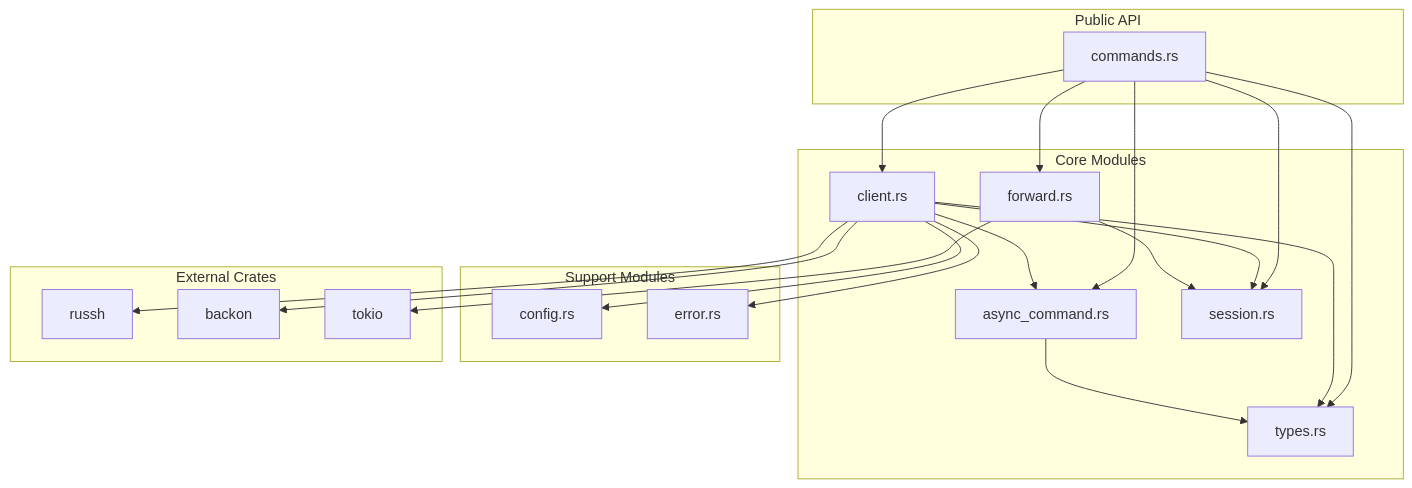
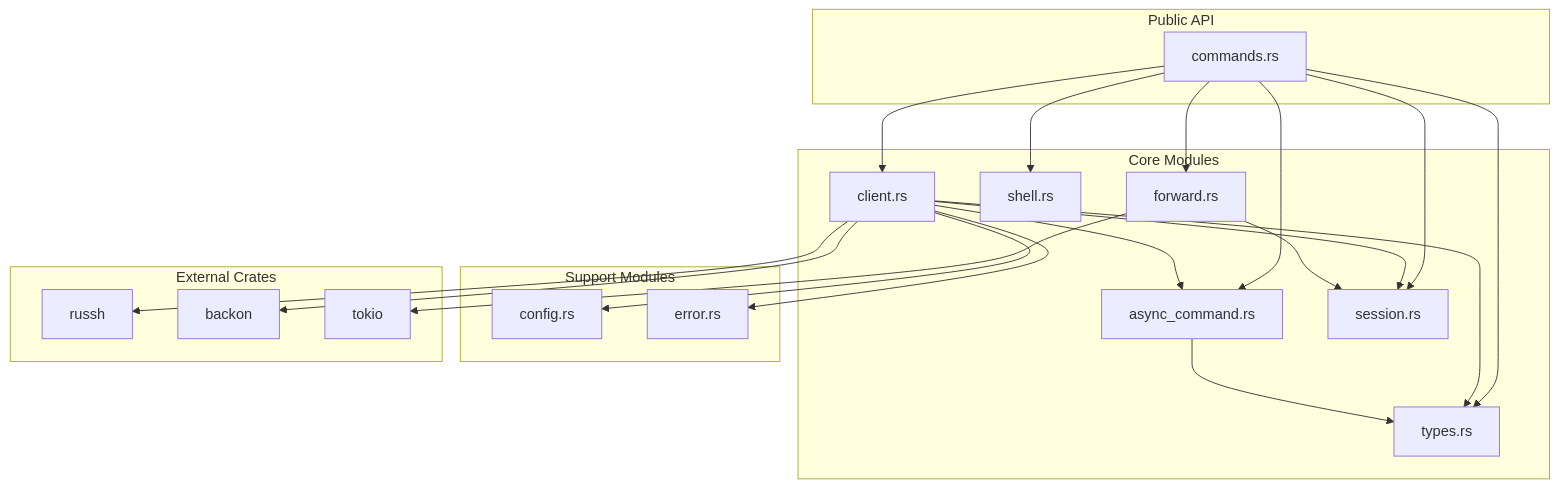
The first of 2 diagrams in README.md (farchanjo/ssh-mcp), drawn with Mermaid before and after one commit. The commit also changed other lines of this file and 5 other files, not shown here.

````diff
--- a/README.md
+++ b/README.md
@@ -590,41 +672,43 @@
 ```mermaid
 flowchart TB
     subgraph Public["Public API"]
         Commands["commands.rs"]
     end
 
     subgraph Core["Core Modules"]
         Client["client.rs"]
         AsyncCmd["async_command.rs"]
+        Shell["shell.rs"]
         Forward["forward.rs"]
         Session["session.rs"]
         Types["types.rs"]
     end
 
     subgraph Support["Support Modules"]
         Config["config.rs"]
         Error["error.rs"]
     end
 
     subgraph External["External Crates"]
         Russh["russh"]
         Backon["backon"]
         Tokio["tokio"]
     end
 
     Commands --> Client
     Commands --> AsyncCmd
+    Commands --> Shell
     Commands --> Forward
     Commands --> Session
     Commands --> Types
     Client --> Session
     Client --> AsyncCmd
     Client --> Config
     Client --> Error
     Client --> Types
     AsyncCmd --> Types
     Forward --> Session
     Client --> Russh
     Client --> Backon
     Forward --> Tokio
 ```
````
